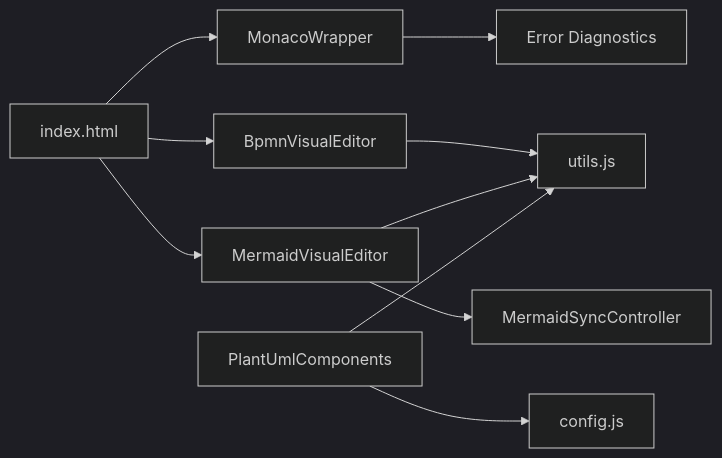
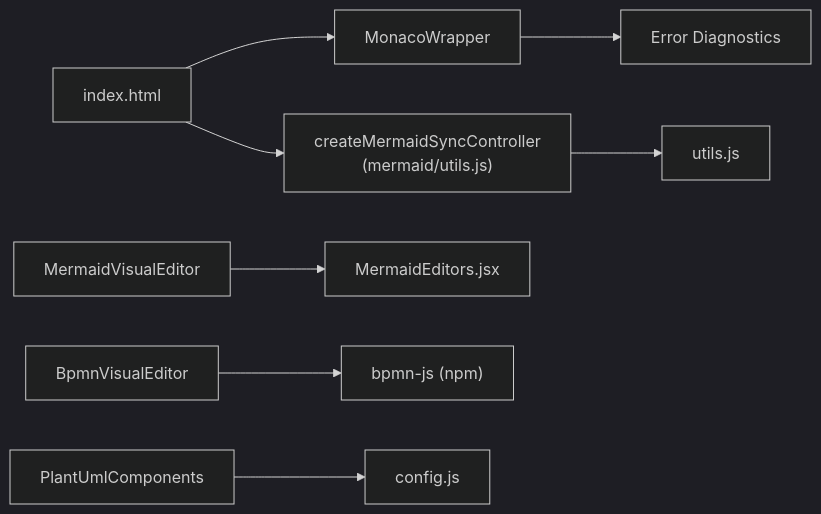
One commit to ongchonghian/universal-diagram-editor changed the ninth of 9 diagrams in .qoder/repowiki/en/content/Editor Architecture/Editor Architecture.md. Above: the diagram before and after it, drawn with Mermaid (dark theme). The commit also changed other lines of this file and 31 other files, not shown here.

````diff
--- a/.qoder/repowiki/en/content/Editor Architecture/Editor Architecture.md
+++ b/.qoder/repowiki/en/content/Editor Architecture/Editor Architecture.md
@@ -367,12 +344,10 @@
 ```mermaid
 graph LR
 IDX["index.html"] --> MW["MonacoWrapper"]
-IDX --> BVE["BpmnVisualEditor"]
-IDX --> MVE["MermaidVisualEditor"]
+MVE["MermaidVisualEditor"] --> SUB["MermaidEditors.jsx"]
+MSC["createMermaidSyncController<br/>(mermaid/utils.js)"] --> UT["utils.js"]
+IDX --> MSC
 MW --> ED["Error Diagnostics"]
-BVE --> UT["utils.js"]
-MVE --> UT
-MVE --> MSC["MermaidSyncController"]
+BVE["BpmnVisualEditor"] --> NPM["bpmn-js (npm)"]
 PU["PlantUmlComponents"] --> CFG["config.js"]
-PU --> UT
 ```
````
